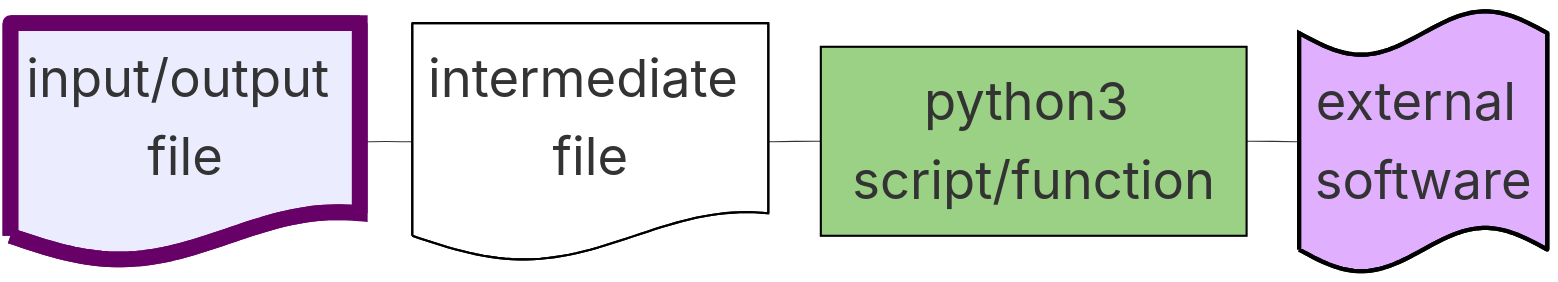
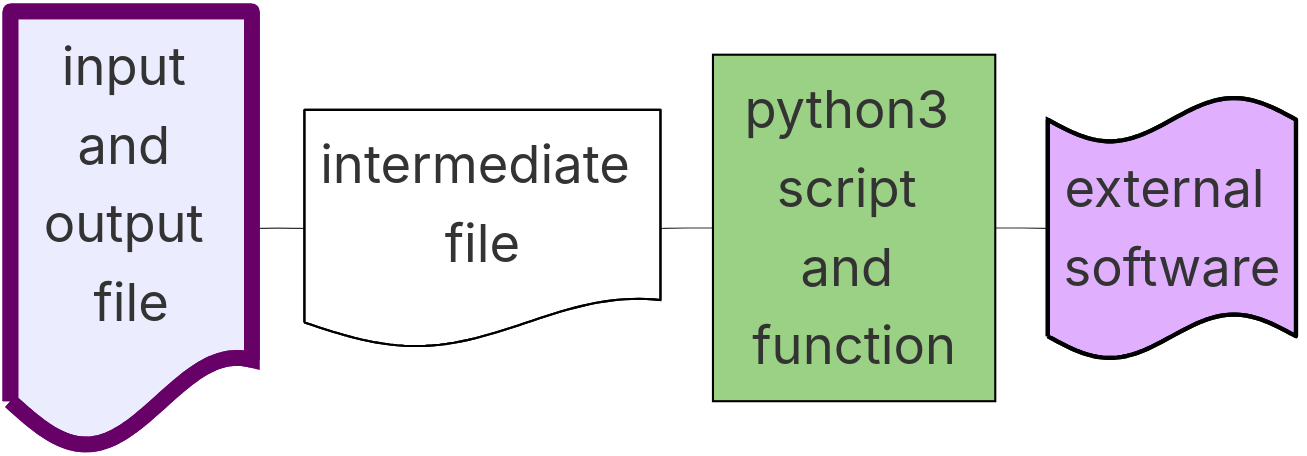
Before and after one commit to OcMalde/fuse-phylotree: the first of 2 diagrams in README.md, drawn with Mermaid.

````diff
--- a/README.md
+++ b/README.md
@@ -19,28 +19,28 @@
 ```mermaid
 ---
 config:
   look: classic
   theme: default
   themeVariables:
     fontSize: 50px
 
 ---
 flowchart LR
 
-l1@{ shape: doc, label: "input/output file" } --- l2@{ shape: doc, label: "intermediate file" }
-l2 --- l3[python3 script/function]
+l1@{ shape: doc, label: "input and output file" } --- l2@{ shape: doc, label: "intermediate file" }
+l2 --- l3[python3 script and function]
 l3 --- l4@{ shape: flag, label: "external software" }
 
 classDef toolsl fill:#E0B0FF,stroke:#000,stroke-width:4px;
 class l4 toolsl
 
 classDef filesl fill:#fff,stroke:#000,stroke-width:2px;
 class l2 filesl
 
 classDef inputl stroke:#670067,stroke-width:15px;
 class l1 inputl
 
 classDef scriptsl fill:#9BD184,stroke:#000,stroke-width:2px;
 class l3 scriptsl
 
 ```
````
